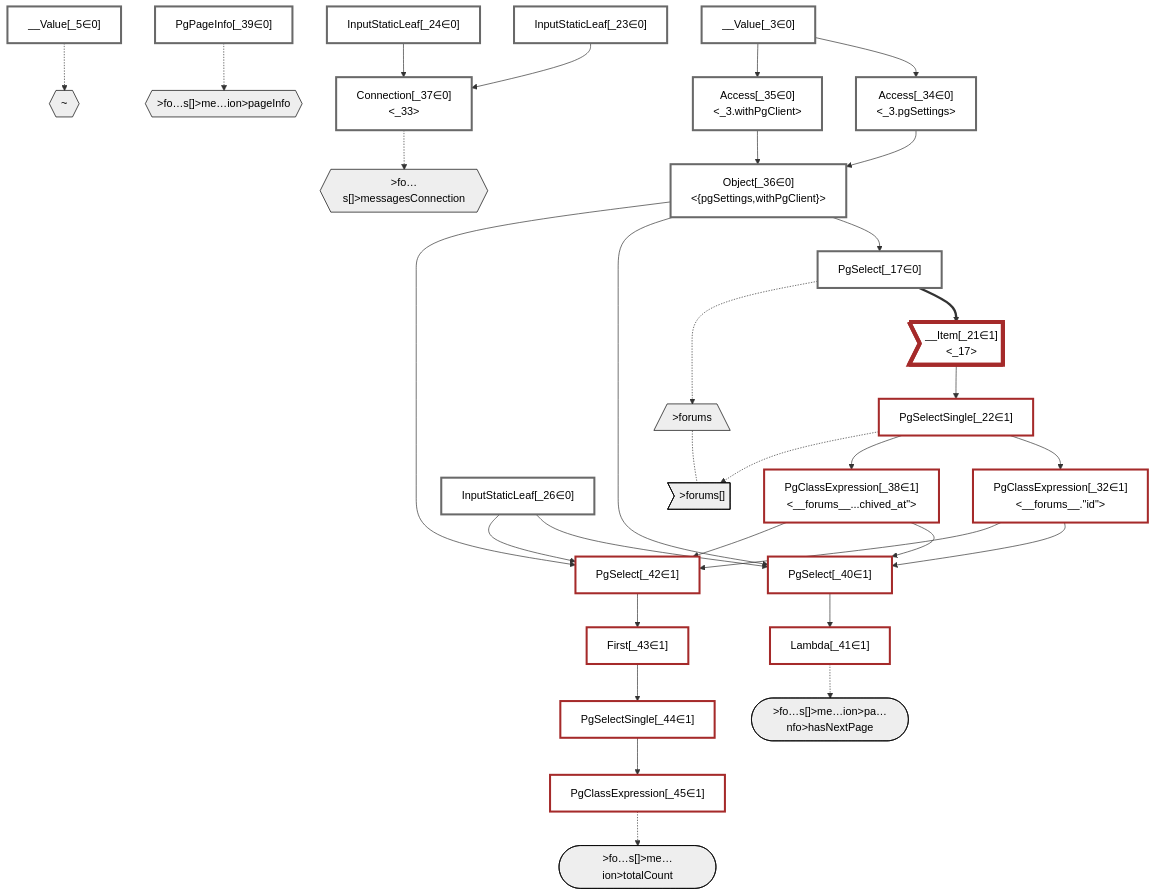
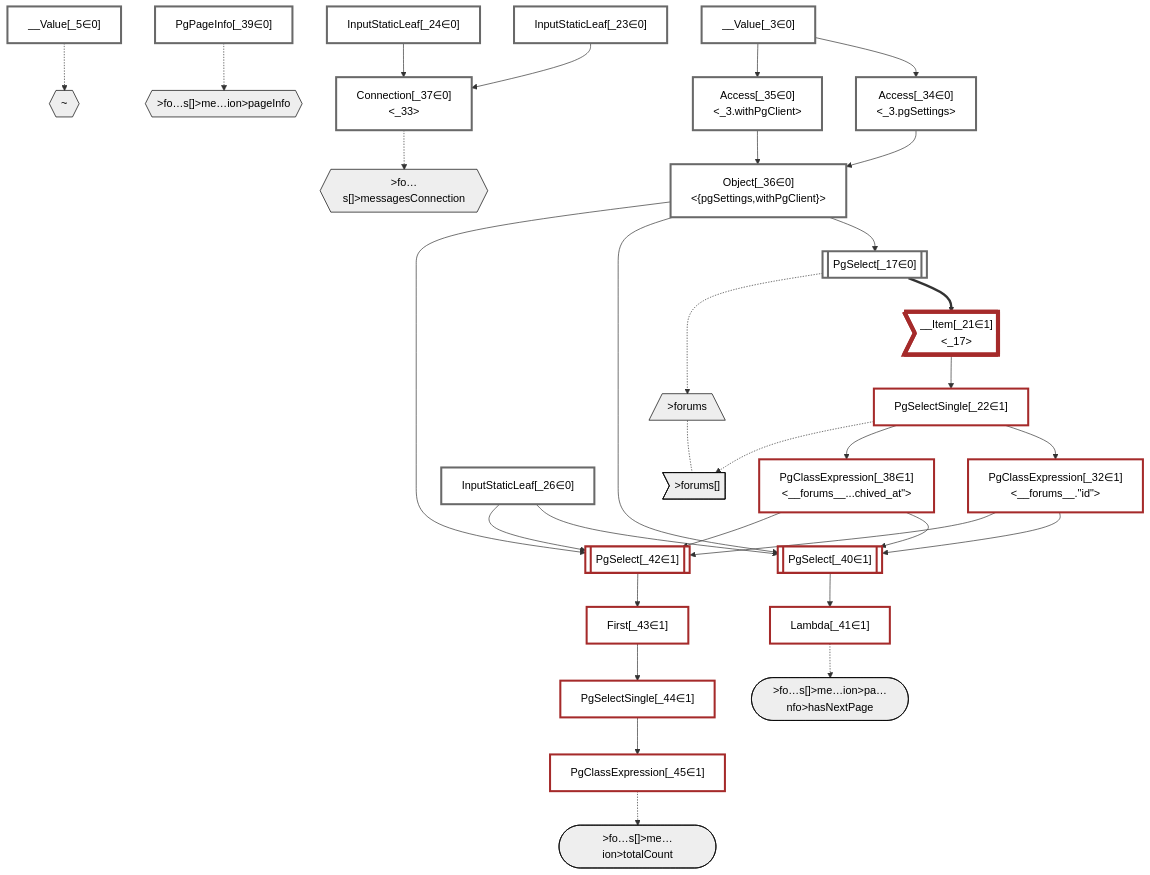
Before and after one commit to graphile/crystal: the diagram in packages/dataplan-pg/__tests__/queries/conditions/condition-featured-messages-minimal.deopt.mermaid.md, drawn with Mermaid. The commit also changed 195 other files, not shown here.

```diff
--- a/packages/dataplan-pg/__tests__/queries/conditions/condition-featured-messages-minimal.deopt.mermaid.md
+++ b/packages/dataplan-pg/__tests__/queries/conditions/condition-featured-messages-minimal.deopt.mermaid.md
@@ -24,7 +24,7 @@
     %% define plans
     __Value_3["__Value[_3∈0]<br /><context>"]:::plan
     __Value_5["__Value[_5∈0]<br /><rootValue>"]:::plan
-    PgSelect_17["PgSelect[_17∈0]<br /><forums>"]:::plan
+    PgSelect_17[["PgSelect[_17∈0]<br /><forums>"]]:::plan
     __Item_21>"__Item[_21∈1]<br /><_17>"]:::itemplan
     PgSelectSingle_22["PgSelectSingle[_22∈1]<br /><forums>"]:::plan
     InputStaticLeaf_23["InputStaticLeaf[_23∈0]"]:::plan
@@ -37,9 +37,9 @@
     Connection_37["Connection[_37∈0]<br /><_33>"]:::plan
     PgClassExpression_38["PgClassExpression[_38∈1]<br /><__forums__...chived_at#quot;>"]:::plan
     PgPageInfo_39["PgPageInfo[_39∈0]"]:::plan
-    PgSelect_40["PgSelect[_40∈1]<br /><messages>"]:::plan
+    PgSelect_40[["PgSelect[_40∈1]<br /><messages>"]]:::plan
     Lambda_41["Lambda[_41∈1]<br /><listHasMore>"]:::plan
-    PgSelect_42["PgSelect[_42∈1]<br /><messages>"]:::plan
+    PgSelect_42[["PgSelect[_42∈1]<br /><messages>"]]:::plan
     First_43["First[_43∈1]"]:::plan
     PgSelectSingle_44["PgSelectSingle[_44∈1]<br /><messages>"]:::plan
     PgClassExpression_45["PgClassExpression[_45∈1]<br /><count(*)>"]:::plan
```
